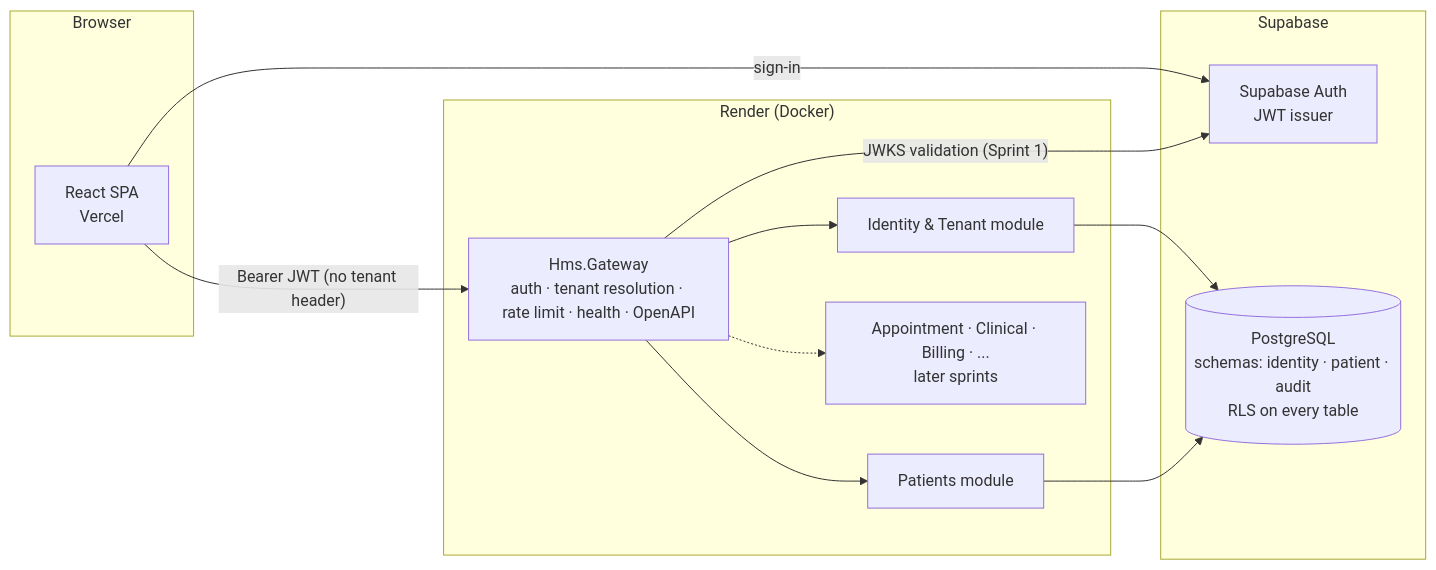
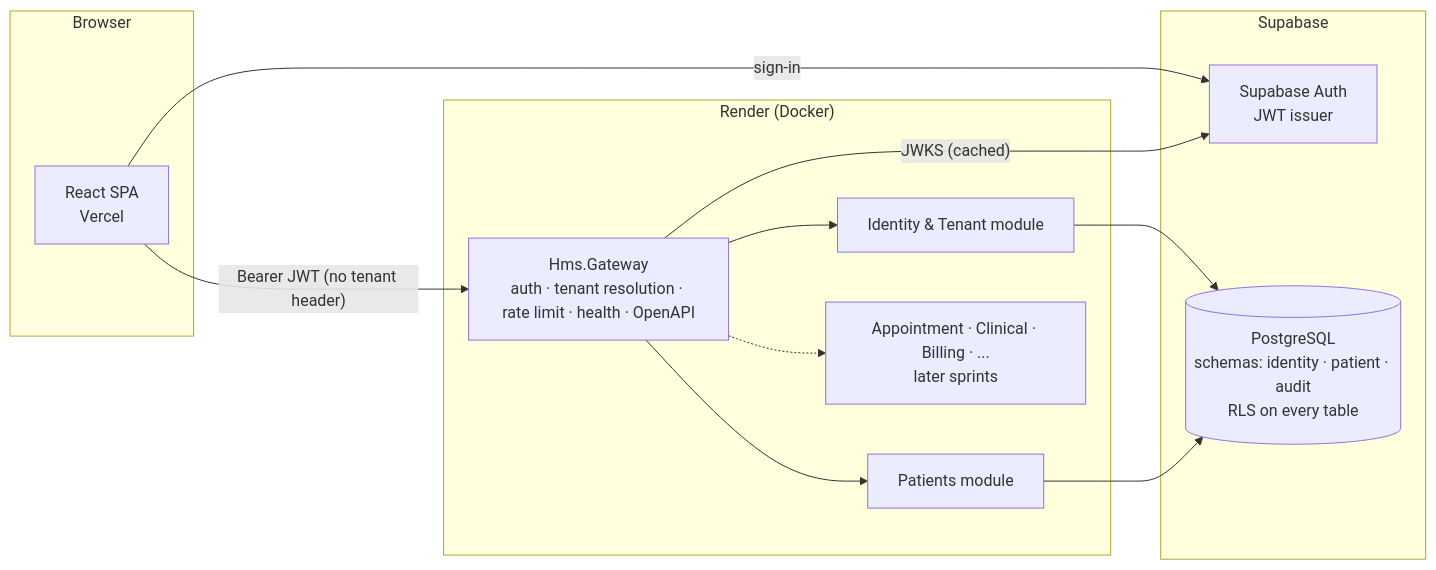
The diagram in docs/architecture.md (kakani-dev/hospital-management-system), drawn with Mermaid before and after one commit. The commit also changed other lines of this file and 17 other files, not shown here.

````diff
--- a/docs/architecture.md
+++ b/docs/architecture.md
@@ -19,24 +19,24 @@
 ```mermaid
 flowchart LR
   subgraph Browser
     SPA[React SPA<br/>Vercel]
   end
   subgraph Render["Render (Docker)"]
     GW[Hms.Gateway<br/>auth · tenant resolution · rate limit · health · OpenAPI]
     ID[Identity & Tenant module]
     PT[Patients module]
     FUT[Appointment · Clinical · Billing · ...<br/>later sprints]
     GW --> ID
     GW --> PT
     GW -.-> FUT
   end
   subgraph Supabase
     AUTH[Supabase Auth<br/>JWT issuer]
     PG[(PostgreSQL<br/>schemas: identity · patient · audit<br/>RLS on every table)]
   end
   SPA -- "Bearer JWT (no tenant header)" --> GW
   SPA -- sign-in --> AUTH
   ID --> PG
   PT --> PG
-  GW -- "JWKS validation (Sprint 1)" --> AUTH
+  GW -- "JWKS (cached)" --> AUTH
 ```
````
